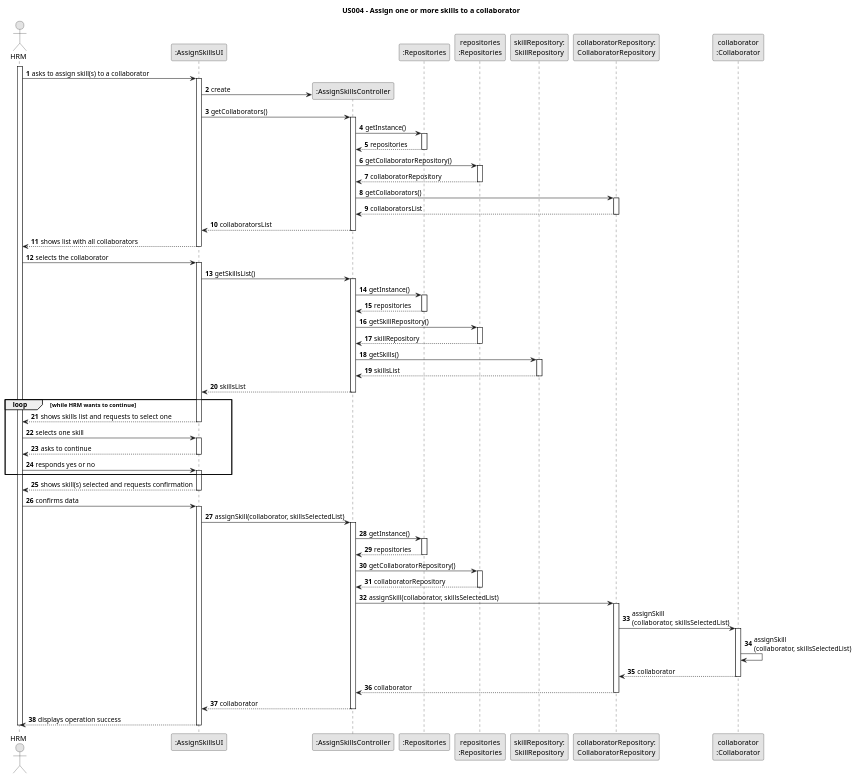
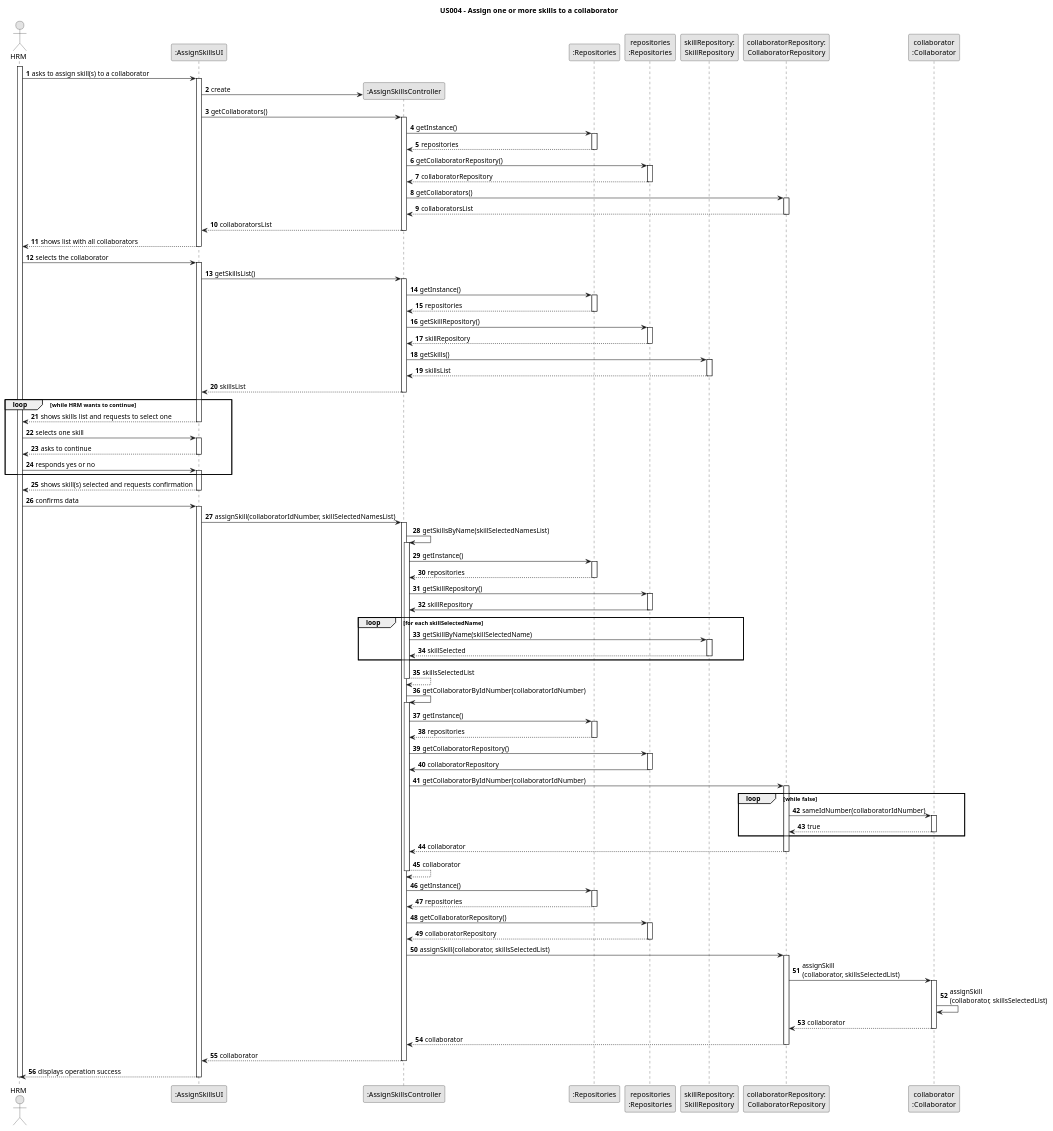
Before and after one commit to Departamento-de-Engenharia-Informatica/lei-24-s2-1dm-g132: the diagram in docs/sprintB/us004/03.design/puml/us004-sequence-diagram-full.puml, drawn with PlantUML.

Commit message:
US004 sequence diagram update

```diff
--- a/docs/sprintB/us004/03.design/puml/us004-sequence-diagram-full.puml
+++ b/docs/sprintB/us004/03.design/puml/us004-sequence-diagram-full.puml
@@ -1,138 +1,199 @@
 @startuml
 skinparam monochrome true
 skinparam packageStyle rectangle
 skinparam shadowing false
 
 title US004 - Assign one or more skills to a collaborator
 
 autonumber
 
 actor "HRM" as Employee
 participant ":AssignSkillsUI" as UI
 participant ":AssignSkillsController" as CTRL
 participant ":Repositories" as RepositorySingleton
 participant "repositories\n:Repositories" as PLAT
 participant "skillRepository:\nSkillRepository" as SkillRepository
 participant "collaboratorRepository:\nCollaboratorRepository" as CollaboratorRepository
 participant "collaborator\n:Collaborator" as Collaborator
 
 activate Employee
 
     Employee -> UI : asks to assign skill(s) to a collaborator
     activate UI
 
     UI -> CTRL** : create
 
                 UI -> CTRL : getCollaborators()
                 activate CTRL
 
                     CTRL -> RepositorySingleton : getInstance()
                     activate RepositorySingleton
 
                         RepositorySingleton --> CTRL: repositories
                     deactivate RepositorySingleton
 
                     CTRL -> PLAT : getCollaboratorRepository()
                     activate PLAT
 
                         PLAT --> CTRL: collaboratorRepository
                     deactivate PLAT
 
                     CTRL -> CollaboratorRepository : getCollaborators()
                     activate CollaboratorRepository
 
                         CollaboratorRepository --> CTRL : collaboratorsList
                     deactivate CollaboratorRepository
 
                     CTRL --> UI : collaboratorsList
                 deactivate CTRL
 
     UI --> Employee : shows list with all collaborators
     deactivate UI
 
     Employee -> UI : selects the collaborator
     activate UI
 
         UI -> CTRL : getSkillsList()
         activate CTRL
 
             CTRL -> RepositorySingleton : getInstance()
             activate RepositorySingleton
 
             RepositorySingleton --> CTRL: repositories
             deactivate RepositorySingleton
 
             CTRL -> PLAT : getSkillRepository()
             activate PLAT
 
             PLAT --> CTRL: skillRepository
             deactivate PLAT
 
             CTRL -> SkillRepository : getSkills()
             activate SkillRepository
 
             SkillRepository --> CTRL : skillsList
             deactivate SkillRepository
 
             CTRL --> UI : skillsList
         deactivate CTRL
 
     loop while HRM wants to continue
     UI --> Employee : shows skills list and requests to select one
     deactivate UI
 
     Employee -> UI : selects one skill
     activate UI
 
     UI --> Employee : asks to continue
+
     deactivate UI
 
     Employee -> UI : responds yes or no
     activate UI
     end
 
     UI --> Employee : shows skill(s) selected and requests confirmation
 
     deactivate UI
 
     Employee -> UI : confirms data
     activate UI
 
-    UI -> CTRL : assignSkill(collaborator, skillsSelectedList)
+    UI -> CTRL : assignSkill(collaboratorIdNumber, skillSelectedNamesList)
     activate CTRL
+
+    CTRL -> CTRL : getSkillsByName(skillSelectedNamesList)
+                activate CTRL
+
+                    CTRL -> RepositorySingleton : getInstance()
+                    activate RepositorySingleton
+
+                        RepositorySingleton --> CTRL: repositories
+                    deactivate RepositorySingleton
+
+                    CTRL -> PLAT : getSkillRepository()
+                    activate PLAT
+
+                        PLAT -> CTRL : skillRepository
+                    deactivate PLAT
+            loop for each skillSelectedName
+
+                    CTRL -> SkillRepository : getSkillByName(skillSelectedName)
+                    activate SkillRepository
+
+                        SkillRepository --> CTRL : skillSelected
+                    deactivate SkillRepository
+
+            end loop
+
+                        CTRL --> CTRL : skillsSelectedList
+                deactivate CTRL
+
+        CTRL -> CTRL : getCollaboratorByIdNumber(collaboratorIdNumber)
+                    activate CTRL
+
+                        CTRL -> RepositorySingleton : getInstance()
+                        activate RepositorySingleton
+
+                            RepositorySingleton --> CTRL: repositories
+                        deactivate RepositorySingleton
+
+                        CTRL -> PLAT : getCollaboratorRepository()
+                        activate PLAT
+
+                            PLAT -> CTRL : collaboratorRepository
+                        deactivate PLAT
+
+                        CTRL -> CollaboratorRepository : getCollaboratorByIdNumber(collaboratorIdNumber)
+                        activate CollaboratorRepository
+
+                        loop while false
+
+                            CollaboratorRepository -> Collaborator : sameIdNumber(collaboratorIdNumber)
+                            activate Collaborator
+
+                                Collaborator --> CollaboratorRepository : true
+                                deactivate Collaborator
+
+                        end loop
+
+                            CollaboratorRepository --> CTRL : collaborator
+                        deactivate CollaboratorRepository
+                            CTRL --> CTRL : collaborator
+                    deactivate CTRL
 
                 CTRL -> RepositorySingleton : getInstance()
                 activate RepositorySingleton
 
                 RepositorySingleton --> CTRL: repositories
                 deactivate RepositorySingleton
 
                 CTRL -> PLAT : getCollaboratorRepository()
                 activate PLAT
 
                 PLAT --> CTRL: collaboratorRepository
                 deactivate PLAT
 
                 CTRL -> CollaboratorRepository : assignSkill(collaborator, skillsSelectedList)
                 activate CollaboratorRepository
 
                 CollaboratorRepository -> Collaborator: assignSkill\n(collaborator, skillsSelectedList)
                 activate Collaborator
 
                 Collaborator -> Collaborator : assignSkill\n(collaborator, skillsSelectedList)
                 Collaborator --> CollaboratorRepository : collaborator
                 deactivate Collaborator
 
                 CollaboratorRepository --> CTRL : collaborator
                 deactivate CollaboratorRepository
 
 
                 CTRL --> UI : collaborator
 
     deactivate CTRL
 
     UI --> Employee : displays operation success
     deactivate UI
 
 deactivate Employee
 @enduml
```
